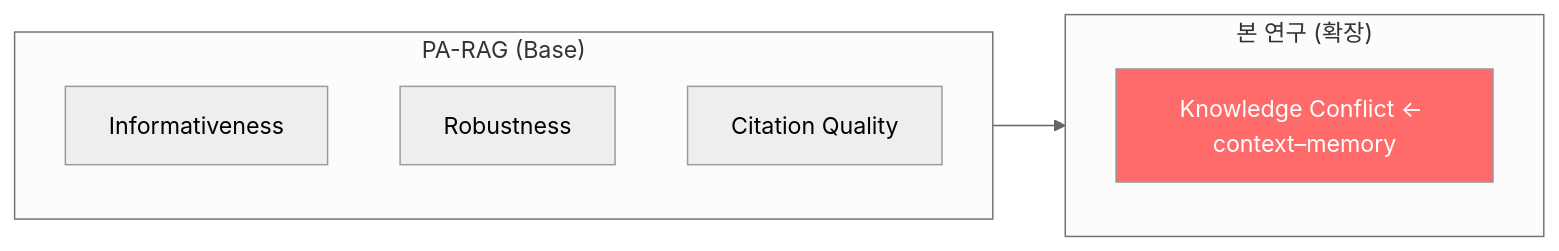
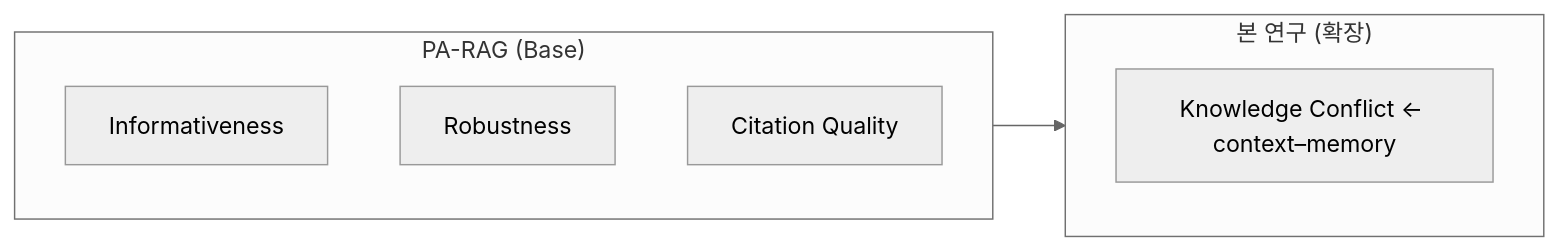
One commit to Ontology0/Graduation-Project changed the diagram in README.md. Above: the diagram before and after it, drawn with Mermaid (neutral theme). The commit also changed other lines of this file and 5 other files, not shown here.

````diff
--- a/README.md
+++ b/README.md
@@ -80,13 +90,12 @@
 ```mermaid
 flowchart LR
     subgraph PA["PA-RAG (Base)"]
         A[Informativeness]
         B[Robustness]
         C[Citation Quality]
     end
     subgraph OURS["본 연구 (확장)"]
         D[Knowledge Conflict ← context–memory]
     end
     PA --> OURS
-    style D fill:#ff6b6b,color:#fff
 ```
````
